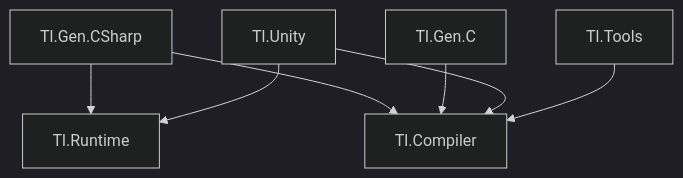
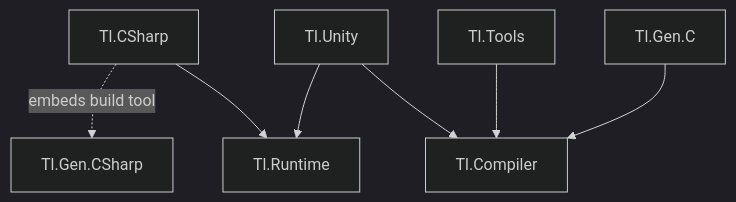
The second of 2 diagrams in docs/architecture.md (IAFahim/tl), drawn with Mermaid (dark theme) before and after one commit. The commit also changed other lines of this file and 5 other files, not shown here.

````diff
--- a/docs/architecture.md
+++ b/docs/architecture.md
@@ -25,15 +25,16 @@
 ```mermaid
 flowchart TD
     Runtime[Tl.Runtime]
     Compiler[Tl.Compiler]
+    Meta[Tl.CSharp]
     CSharp[Tl.Gen.CSharp]
     C[Tl.Gen.C]
     Unity[Tl.Unity]
     Tools[Tl.Tools]
-    CSharp --> Runtime
-    CSharp --> Compiler
+    Meta --> Runtime
+    Meta -. embeds build tool .-> CSharp
     C --> Compiler
     Unity --> Compiler
     Unity --> Runtime
     Tools --> Compiler
 ```
````
